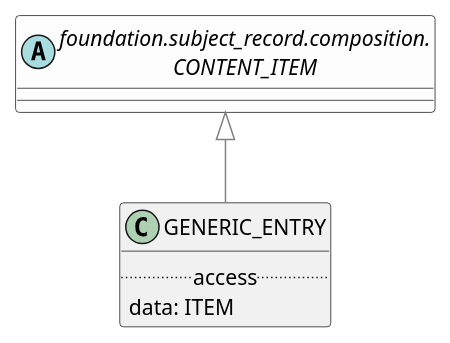
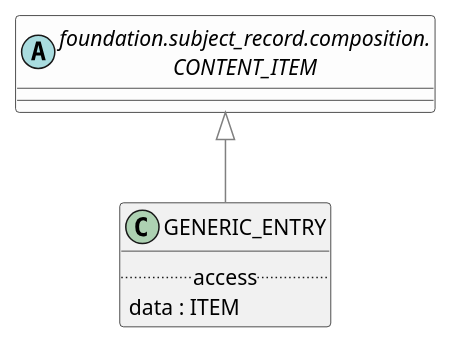
One commit to wolandscat/openehr-doc changed the diagram in modules/ROOT/examples/bmm/foundation/integration/integration-package-uml.adoc. Above: the diagram before and after it, drawn with PlantUML. The commit also changed 1814 other files, not shown here.

```diff
--- a/modules/ROOT/examples/bmm/foundation/integration/integration-package-uml.adoc
+++ b/modules/ROOT/examples/bmm/foundation/integration/integration-package-uml.adoc
@@ -3,17 +3,17 @@
 [plantuml,opts=interactive,link=self]
 ....
 skinparam groupInheritance 2
 skinparam citedClassColor #FDFDFD
 
 
 class GENERIC_ENTRY [[/openehr-doc/latest/foundation/integration-gen.html#_class_generic_entry]] {
         .. access ..
-        data: ITEM
+        data : ITEM
 }
 
 GENERIC_ENTRY -[#gray]up-|> CONTENT_ITEM  
 
 abstract class "foundation.subject_record.composition.\nCONTENT_ITEM" as CONTENT_ITEM  [[/openehr-doc/latest/foundation/subject_record-gen.html#_class_content_item]] #FDFDFD {
 }
 
 ....
```
